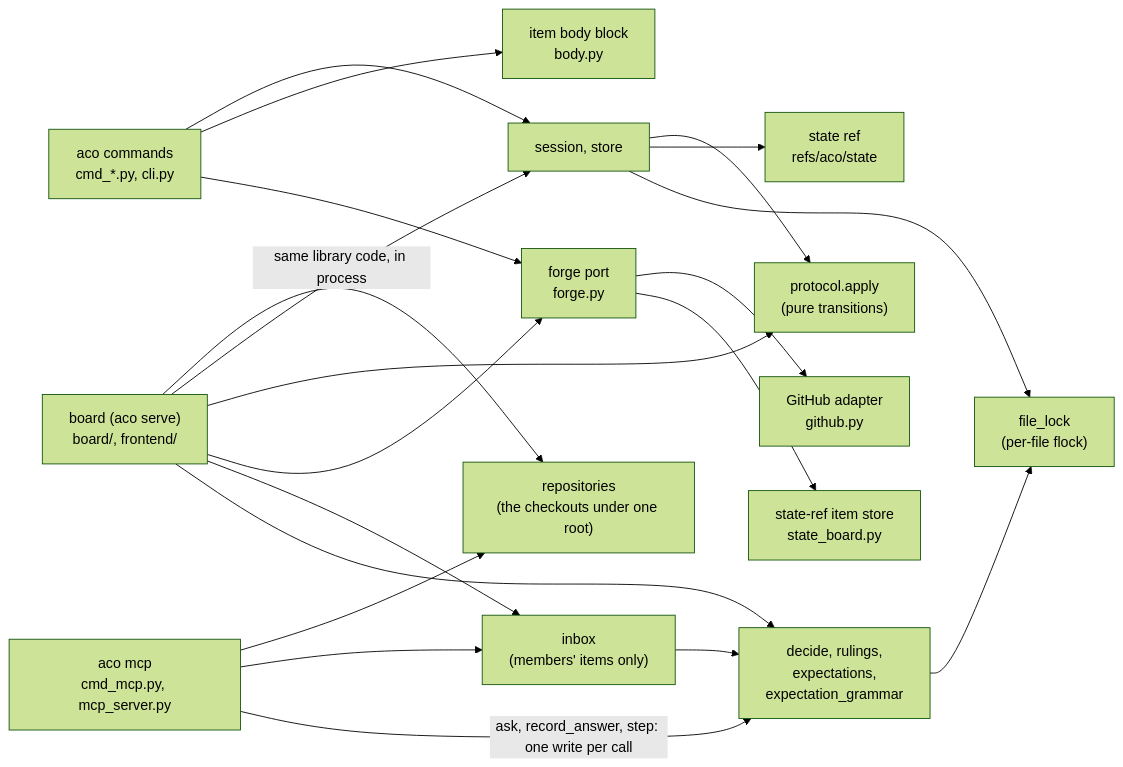
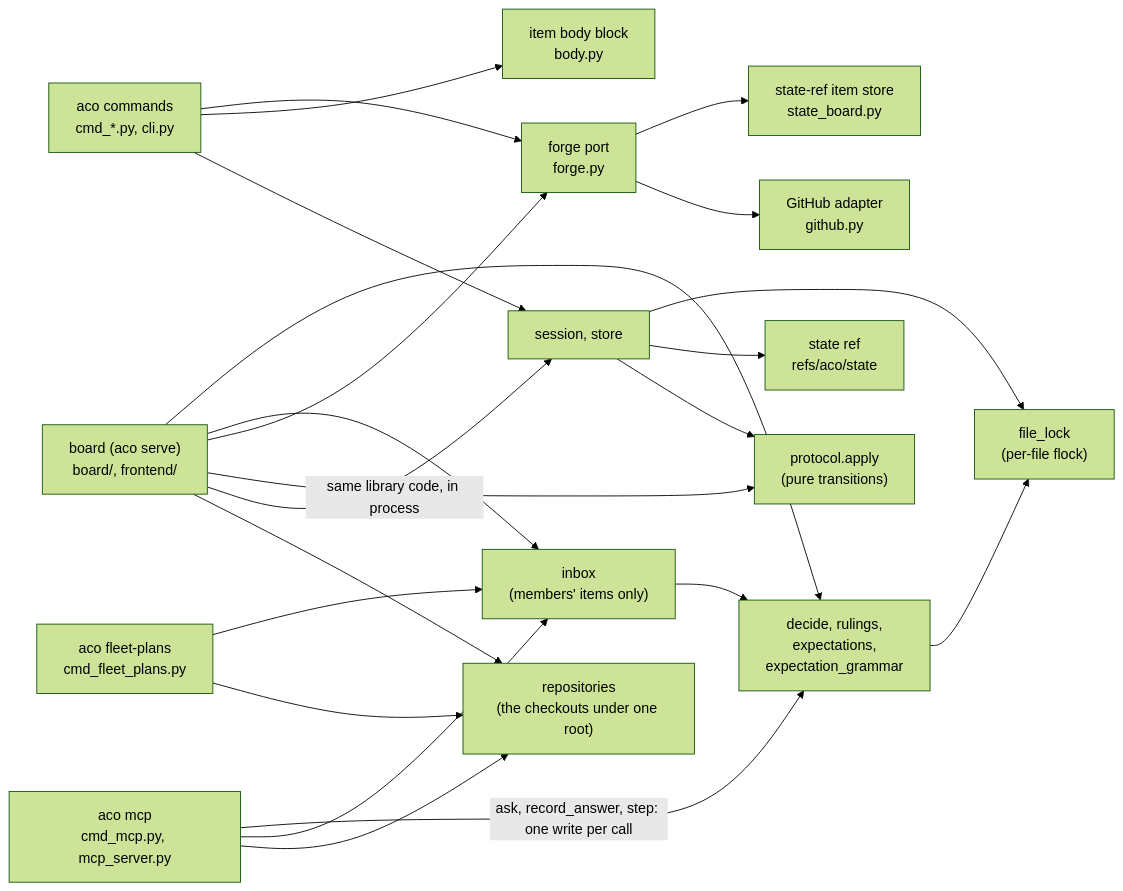
Before and after one commit to overnightworks/aco: the second of 3 diagrams in docs/ARCHITECTURE.md, drawn with Mermaid (forest theme). The commit also changed other lines of this file and 10 other files, not shown here.

First line of the commit message:
Add aco fleet-plans, the read of open fleet-wide plans (#801)

````diff
--- a/docs/ARCHITECTURE.md
+++ b/docs/ARCHITECTURE.md
@@ -32,24 +32,27 @@
 ```mermaid
 flowchart LR
     CLI["aco commands<br/>cmd_*.py, cli.py"] --> Session["session, store"]
     Session --> Protocol["protocol.apply<br/>(pure transitions)"]
     Session --> Store["state ref<br/>refs/aco/state"]
     CLI --> Body["item body block<br/>body.py"]
     CLI --> Port["forge port<br/>forge.py"]
     Port --> GitHub["GitHub adapter<br/>github.py"]
     Port --> StateBoard["state-ref item store<br/>state_board.py"]
     Board["board (aco serve)<br/>board/, frontend/"]
     Mcp["aco mcp<br/>cmd_mcp.py, mcp_server.py"]
     Mcp --> Repos
     Mcp --> Inbox
+    Plans["aco fleet-plans<br/>cmd_fleet_plans.py"]
+    Plans --> Repos
+    Plans --> Inbox
     Mcp -->|"ask, record_answer, step: one write per call"| Dec
     Board --> Repos["repositories<br/>(the checkouts under one root)"]
     Board -->|"same library code, in process"| Session
     Board --> Protocol
     Board --> Port
     Board --> Inbox["inbox<br/>(members' items only)"]
     Inbox --> Dec
     Dec --> Lock["file_lock<br/>(per-file flock)"]
     Session --> Lock
     Board --> Dec["decide, rulings,<br/>expectations,<br/>expectation_grammar"]
 ```
````
